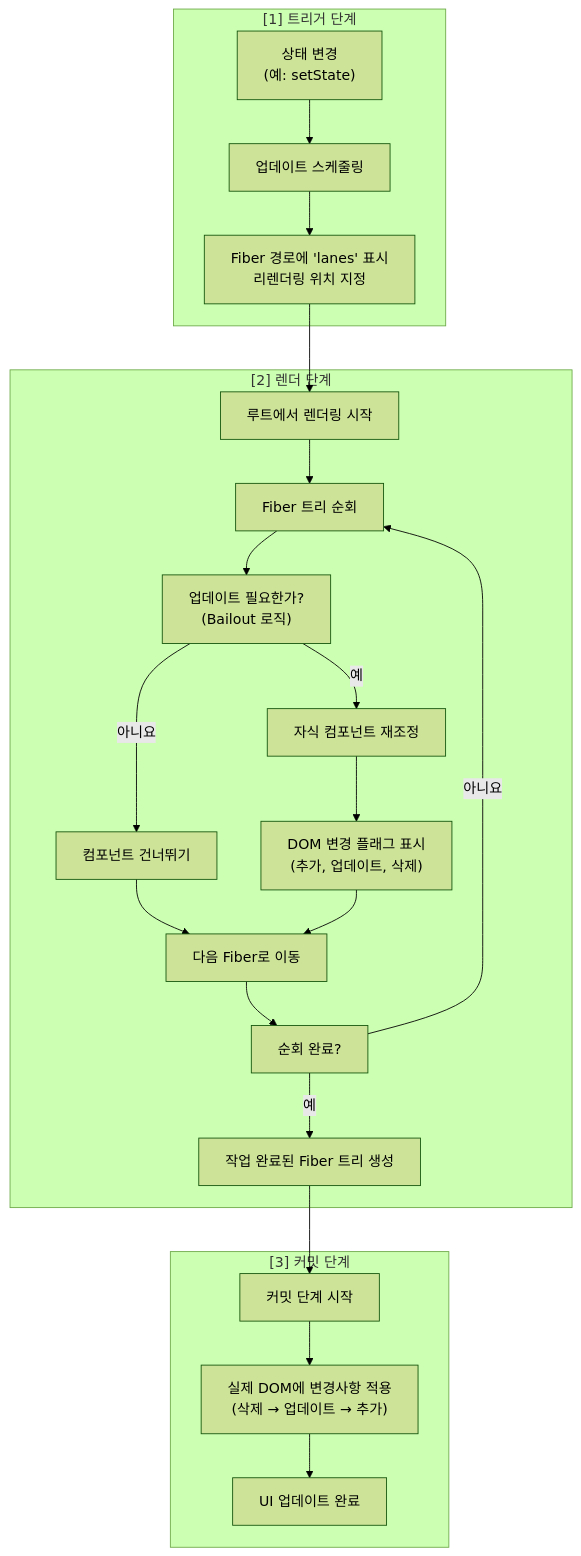
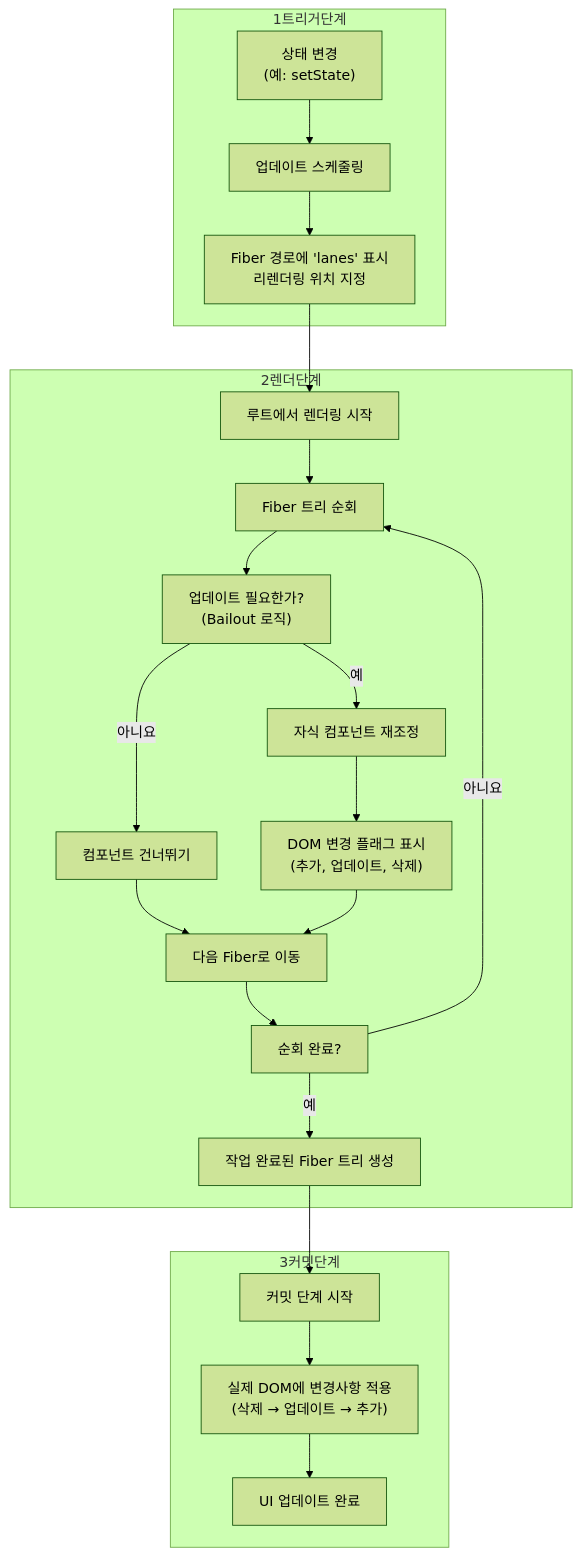
Before and after one commit to devtedlee/ted-projects-blog: the first of 3 diagrams in cme2wuwc0000302jvcuqec5jq.md, drawn with Mermaid (forest theme).

Commit message:
update post: React19 Internals 2: 렌더링

````diff
--- a/cme2wuwc0000302jvcuqec5jq.md
+++ b/cme2wuwc0000302jvcuqec5jq.md
@@ -77,46 +77,45 @@
 ```mermaid
 flowchart TD
-    subgraph "[1] 트리거 단계"
+    subgraph "1트리거단계"
         A["상태 변경<br />(예: setState)"]
         B["업데이트 스케줄링"]
         C["Fiber 경로에 'lanes' 표시<br />리렌더링 위치 지정"]
     end
 
-    subgraph "[2] 렌더 단계"
+    subgraph "2렌더단계"
         D["루트에서 렌더링 시작"]
         E["Fiber 트리 순회"]
         F["업데이트 필요한가?<br />(Bailout 로직)"]
         G["컴포넌트 건너뛰기"]
         H["자식 컴포넌트 재조정"]
         I["DOM 변경 플래그 표시<br/>(추가, 업데이트, 삭제)"]
         J["다음 Fiber로 이동"]
         K["순회 완료?"]
         L["작업 완료된 Fiber 트리 생성"]
     end
 
-    subgraph "[3] 커밋 단계"
+    subgraph "3커밋단계"
         M["커밋 단계 시작"]
         N["실제 DOM에 변경사항 적용<br/>(삭제 → 업데이트 → 추가)"]
         O["UI 업데이트 완료"]
     end
 
-    %% 연결은 반드시 모든 subgraph end 이후에!
     A --> B
     B --> C
 
     C --> D
     D --> E
     E --> F
     F -- "아니요" --> G
     F -- "예" --> H
     H --> I
     G --> J
     I --> J
     J --> K
     K -- "아니요" --> E
     K -- "예" --> L
 
     L --> M
     M --> N
     N --> O
 ```
````
